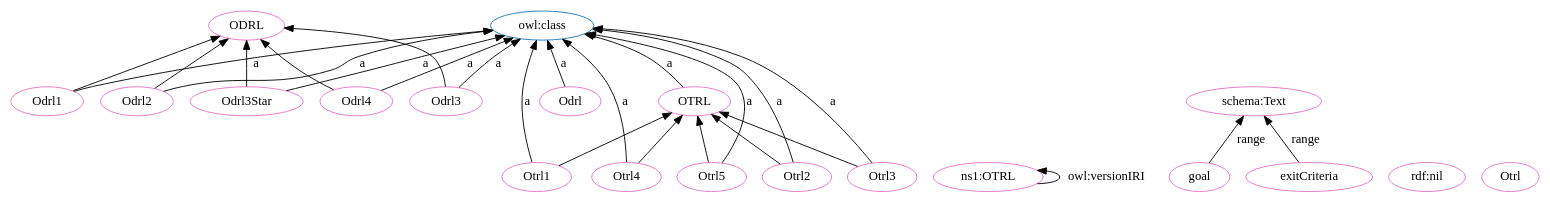
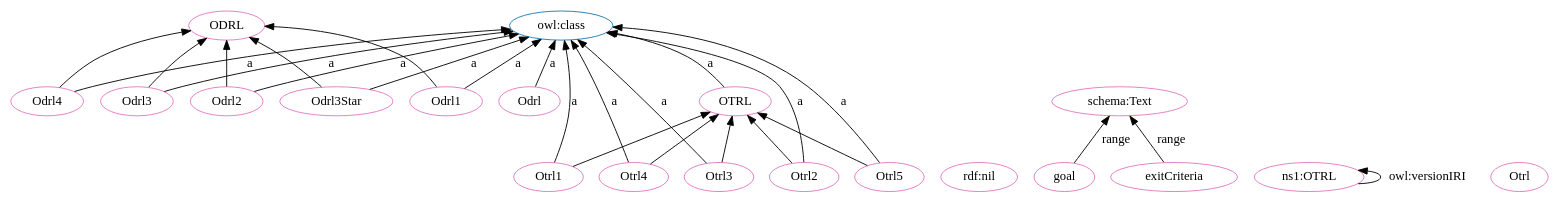
The diagram in OTRL-clean.dot (OPEN-NEXT/OKH-LOSH), drawn with Graphviz before and after one commit. The commit also changed other lines of this file and 15 other files, not shown here.

```diff
--- a/OTRL-clean.dot
+++ b/OTRL-clean.dot
@@ -1,51 +1,51 @@
 digraph G {
   rankdir=BT
   node[height=.3]
+"http://purl.org/oseg/ontologies/OTRL#OTRL" [fillcolor="#1f77b4" color="#1f77b4" label="OTRL"]
 "http://purl.org/oseg/ontologies/OTRL#ODRL" [fillcolor="#1f77b4" color="#1f77b4" label="ODRL"]
-"http://purl.org/oseg/ontologies/OTRL#OTRL" [fillcolor="#1f77b4" color="#1f77b4" label="OTRL"]
 "http://www.w3.org/2002/07/owl#class" [fillcolor="#1f77b4" color="#1f77b4" label="owl:class"]
+"http://purl.org/oseg/ontologies/OTRL#ODRL" [fillcolor="#e377c2" color="#e377c2" label="ODRL"]
+"http://purl.org/oseg/ontologies/OTRL#OTRL" [fillcolor="#e377c2" color="#e377c2" label="OTRL"]
+"http://purl.org/oseg/ontologies/OTRL#Odrl1" [fillcolor="#e377c2" color="#e377c2" label="Odrl1"]
+"http://purl.org/oseg/ontologies/OTRL#Odrl3Star" [fillcolor="#e377c2" color="#e377c2" label="Odrl3Star"]
+"http://www.w3.org/1999/02/22-rdf-syntax-ns#nil" [fillcolor="#e377c2" color="#e377c2" label="rdf:nil"]
+"http://schema.org/Text" [fillcolor="#e377c2" color="#e377c2" label="schema:Text"]
+"http://purl.org/oseg/ontologies/OTRL#Otrl4" [fillcolor="#e377c2" color="#e377c2" label="Otrl4"]
+"http://purl.org/oseg/ontologies/OTRL" [fillcolor="#e377c2" color="#e377c2" label="ns1:OTRL"]
+"http://purl.org/oseg/ontologies/OTRL#Otrl2" [fillcolor="#e377c2" color="#e377c2" label="Otrl2"]
+"http://purl.org/oseg/ontologies/OTRL#Otrl" [fillcolor="#e377c2" color="#e377c2" label="Otrl"]
+"http://purl.org/oseg/ontologies/OTRL#Odrl3" [fillcolor="#e377c2" color="#e377c2" label="Odrl3"]
 "http://purl.org/oseg/ontologies/OTRL#Odrl4" [fillcolor="#e377c2" color="#e377c2" label="Odrl4"]
-"http://purl.org/oseg/ontologies/OTRL" [fillcolor="#e377c2" color="#e377c2" label="ns1:OTRL"]
-"http://purl.org/oseg/ontologies/OTRL#OTRL" [fillcolor="#e377c2" color="#e377c2" label="OTRL"]
-"http://purl.org/oseg/ontologies/OTRL#ODRL" [fillcolor="#e377c2" color="#e377c2" label="ODRL"]
-"http://purl.org/oseg/ontologies/OTRL#Otrl3" [fillcolor="#e377c2" color="#e377c2" label="Otrl3"]
-"http://schema.org/Text" [fillcolor="#e377c2" color="#e377c2" label="schema:Text"]
-"http://www.w3.org/1999/02/22-rdf-syntax-ns#nil" [fillcolor="#e377c2" color="#e377c2" label="rdf:nil"]
-"http://purl.org/oseg/ontologies/OTRL#Otrl" [fillcolor="#e377c2" color="#e377c2" label="Otrl"]
-"http://purl.org/oseg/ontologies/OTRL#Otrl5" [fillcolor="#e377c2" color="#e377c2" label="Otrl5"]
-"http://purl.org/oseg/ontologies/OTRL#Odrl3" [fillcolor="#e377c2" color="#e377c2" label="Odrl3"]
 "http://purl.org/oseg/ontologies/OTRL#goal" [fillcolor="#e377c2" color="#e377c2" label="goal"]
 "http://purl.org/oseg/ontologies/OTRL#Odrl" [fillcolor="#e377c2" color="#e377c2" label="Odrl"]
 "http://purl.org/oseg/ontologies/OTRL#Otrl1" [fillcolor="#e377c2" color="#e377c2" label="Otrl1"]
-"http://purl.org/oseg/ontologies/OTRL#Otrl2" [fillcolor="#e377c2" color="#e377c2" label="Otrl2"]
-"http://purl.org/oseg/ontologies/OTRL#Odrl3Star" [fillcolor="#e377c2" color="#e377c2" label="Odrl3Star"]
+"http://purl.org/oseg/ontologies/OTRL#Odrl2" [fillcolor="#e377c2" color="#e377c2" label="Odrl2"]
+"http://purl.org/oseg/ontologies/OTRL#Otrl3" [fillcolor="#e377c2" color="#e377c2" label="Otrl3"]
 "http://purl.org/oseg/ontologies/OTRL#exitCriteria" [fillcolor="#e377c2" color="#e377c2" label="exitCriteria"]
-"http://purl.org/oseg/ontologies/OTRL#Odrl2" [fillcolor="#e377c2" color="#e377c2" label="Odrl2"]
-"http://purl.org/oseg/ontologies/OTRL#Otrl4" [fillcolor="#e377c2" color="#e377c2" label="Otrl4"]
-"http://purl.org/oseg/ontologies/OTRL#Odrl1" [fillcolor="#e377c2" color="#e377c2" label="Odrl1"]
+"http://purl.org/oseg/ontologies/OTRL#Otrl5" [fillcolor="#e377c2" color="#e377c2" label="Otrl5"]
+  "http://purl.org/oseg/ontologies/OTRL#Odrl1" -> "http://www.w3.org/2002/07/owl#class" [label="a"]
+  "http://purl.org/oseg/ontologies/OTRL#Odrl3Star" -> "http://www.w3.org/2002/07/owl#class" [label="a"]
+  "http://purl.org/oseg/ontologies/OTRL#Otrl3" -> "http://purl.org/oseg/ontologies/OTRL#OTRL" [label=""]
+  "http://purl.org/oseg/ontologies/OTRL#exitCriteria" -> "http://schema.org/Text" [label="range"]
+  "http://purl.org/oseg/ontologies/OTRL#Otrl4" -> "http://www.w3.org/2002/07/owl#class" [label="a"]
+  "http://purl.org/oseg/ontologies/OTRL#Otrl5" -> "http://purl.org/oseg/ontologies/OTRL#OTRL" [label=""]
+  "http://purl.org/oseg/ontologies/OTRL#Otrl2" -> "http://www.w3.org/2002/07/owl#class" [label="a"]
   "http://purl.org/oseg/ontologies/OTRL#OTRL" -> "http://www.w3.org/2002/07/owl#class" [label="a"]
+  "http://purl.org/oseg/ontologies/OTRL#Odrl3" -> "http://www.w3.org/2002/07/owl#class" [label="a"]
+  "http://purl.org/oseg/ontologies/OTRL#Odrl4" -> "http://www.w3.org/2002/07/owl#class" [label="a"]
+  "http://purl.org/oseg/ontologies/OTRL#Otrl1" -> "http://www.w3.org/2002/07/owl#class" [label="a"]
+  "http://purl.org/oseg/ontologies/OTRL#goal" -> "http://schema.org/Text" [label="range"]
+  "http://purl.org/oseg/ontologies/OTRL#Odrl3Star" -> "http://purl.org/oseg/ontologies/OTRL#ODRL" [label=""]
+  "http://purl.org/oseg/ontologies/OTRL#Odrl2" -> "http://www.w3.org/2002/07/owl#class" [label="a"]
+  "http://purl.org/oseg/ontologies/OTRL#Odrl3" -> "http://purl.org/oseg/ontologies/OTRL#ODRL" [label=""]
+  "http://purl.org/oseg/ontologies/OTRL#Otrl4" -> "http://purl.org/oseg/ontologies/OTRL#OTRL" [label=""]
+  "http://purl.org/oseg/ontologies/OTRL#Odrl4" -> "http://purl.org/oseg/ontologies/OTRL#ODRL" [label=""]
   "http://purl.org/oseg/ontologies/OTRL#Odrl2" -> "http://purl.org/oseg/ontologies/OTRL#ODRL" [label=""]
+  "http://purl.org/oseg/ontologies/OTRL#Odrl1" -> "http://purl.org/oseg/ontologies/OTRL#ODRL" [label=""]
+  "http://purl.org/oseg/ontologies/OTRL" -> "http://purl.org/oseg/ontologies/OTRL" [label="owl:versionIRI"]
   "http://purl.org/oseg/ontologies/OTRL#Otrl2" -> "http://purl.org/oseg/ontologies/OTRL#OTRL" [label=""]
-  "http://purl.org/oseg/ontologies/OTRL#Otrl3" -> "http://purl.org/oseg/ontologies/OTRL#OTRL" [label=""]
+  "http://purl.org/oseg/ontologies/OTRL#Odrl" -> "http://www.w3.org/2002/07/owl#class" [label="a"]
+  "http://purl.org/oseg/ontologies/OTRL#Otrl3" -> "http://www.w3.org/2002/07/owl#class" [label="a"]
+  "http://purl.org/oseg/ontologies/OTRL#Otrl5" -> "http://www.w3.org/2002/07/owl#class" [label="a"]
   "http://purl.org/oseg/ontologies/OTRL#Otrl1" -> "http://purl.org/oseg/ontologies/OTRL#OTRL" [label=""]
-  "http://purl.org/oseg/ontologies/OTRL#Otrl5" -> "http://www.w3.org/2002/07/owl#class" [label="a"]
-  "http://purl.org/oseg/ontologies/OTRL#Odrl3" -> "http://purl.org/oseg/ontologies/OTRL#ODRL" [label=""]
-  "http://purl.org/oseg/ontologies/OTRL" -> "http://purl.org/oseg/ontologies/OTRL" [label="owl:versionIRI"]
-  "http://purl.org/oseg/ontologies/OTRL#Odrl4" -> "http://purl.org/oseg/ontologies/OTRL#ODRL" [label=""]
-  "http://purl.org/oseg/ontologies/OTRL#Odrl3" -> "http://www.w3.org/2002/07/owl#class" [label="a"]
-  "http://purl.org/oseg/ontologies/OTRL#Odrl2" -> "http://www.w3.org/2002/07/owl#class" [label="a"]
-  "http://purl.org/oseg/ontologies/OTRL#Otrl4" -> "http://www.w3.org/2002/07/owl#class" [label="a"]
-  "http://purl.org/oseg/ontologies/OTRL#Odrl1" -> "http://purl.org/oseg/ontologies/OTRL#ODRL" [label=""]
-  "http://purl.org/oseg/ontologies/OTRL#Odrl1" -> "http://www.w3.org/2002/07/owl#class" [label="a"]
-  "http://purl.org/oseg/ontologies/OTRL#Odrl4" -> "http://www.w3.org/2002/07/owl#class" [label="a"]
-  "http://purl.org/oseg/ontologies/OTRL#Odrl3Star" -> "http://purl.org/oseg/ontologies/OTRL#ODRL" [label=""]
-  "http://purl.org/oseg/ontologies/OTRL#Otrl3" -> "http://www.w3.org/2002/07/owl#class" [label="a"]
-  "http://purl.org/oseg/ontologies/OTRL#Otrl5" -> "http://purl.org/oseg/ontologies/OTRL#OTRL" [label=""]
-  "http://purl.org/oseg/ontologies/OTRL#exitCriteria" -> "http://schema.org/Text" [label="range"]
-  "http://purl.org/oseg/ontologies/OTRL#goal" -> "http://schema.org/Text" [label="range"]
-  "http://purl.org/oseg/ontologies/OTRL#Otrl4" -> "http://purl.org/oseg/ontologies/OTRL#OTRL" [label=""]
-  "http://purl.org/oseg/ontologies/OTRL#Otrl1" -> "http://www.w3.org/2002/07/owl#class" [label="a"]
-  "http://purl.org/oseg/ontologies/OTRL#Otrl2" -> "http://www.w3.org/2002/07/owl#class" [label="a"]
-  "http://purl.org/oseg/ontologies/OTRL#Odrl3Star" -> "http://www.w3.org/2002/07/owl#class" [label="a"]
-  "http://purl.org/oseg/ontologies/OTRL#Odrl" -> "http://www.w3.org/2002/07/owl#class" [label="a"]
 }
```
